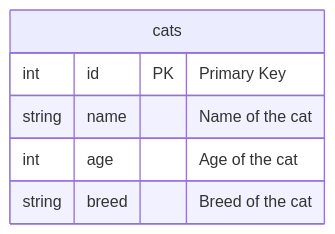
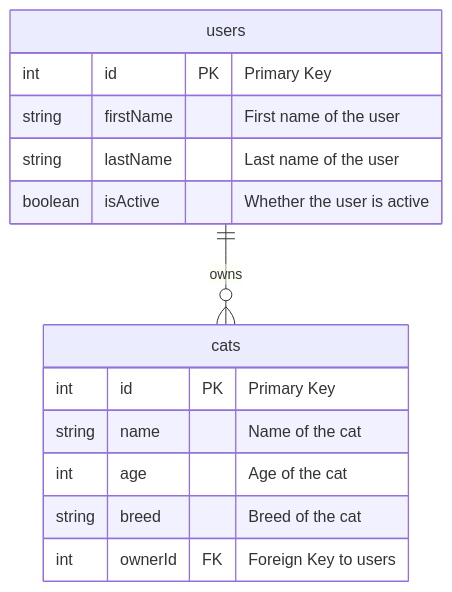
Before and after one commit to devops-practical-classes-25/construct-tasks-base: the diagram in docs/db/er-diagram.md, drawn with Mermaid.

Commit message:
правки в er-diagram

````diff
--- a/docs/db/er-diagram.md
+++ b/docs/db/er-diagram.md
@@ -3,9 +3,19 @@
 ```mermaid
 erDiagram
+    users {
+        int id PK "Primary Key"
+        string firstName "First name of the user"
+        string lastName "Last name of the user"
+        boolean isActive "Whether the user is active"
+    }
+
     cats {
         int id PK "Primary Key"
         string name "Name of the cat"
         int age "Age of the cat"
         string breed "Breed of the cat"
+        int ownerId FK "Foreign Key to users"
     }
+
+    users ||--o{ cats : owns
 ```
````
